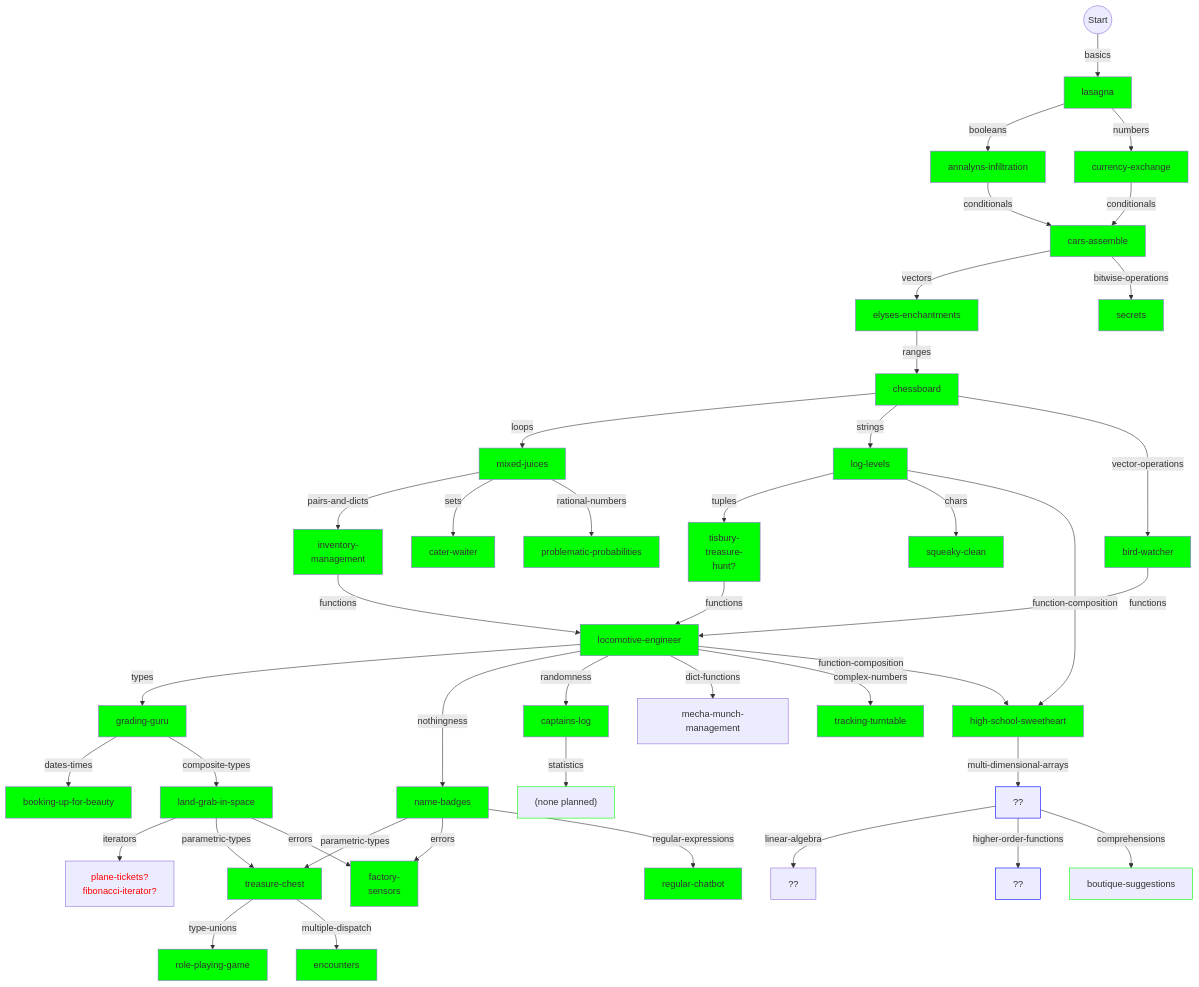
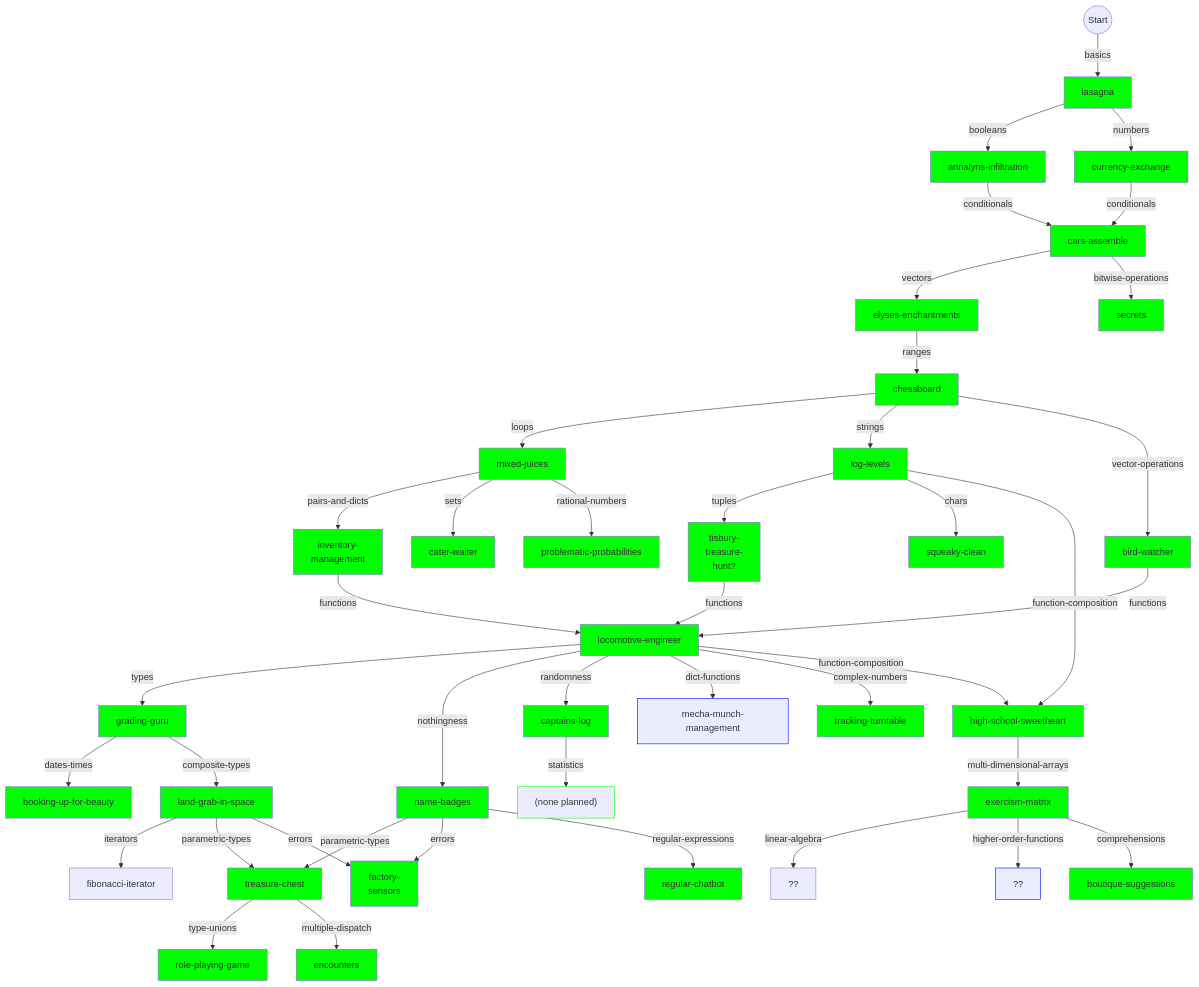
One commit to colinleach/learning-track-doodles changed the diagram in julia/flowchart.md. Above: the diagram before and after it, drawn with Mermaid. The commit also changed 2 other files, not shown here.

````diff
--- a/julia/flowchart.md
+++ b/julia/flowchart.md
@@ -29,8 +29,8 @@
 types --composite-types--> composite-types["land-grab-in-space"]
 style composite-types  fill:#0f0
 
-composite-types --iterators--> iterators["plane-tickets?<br/>fibonacci-iterator?"]
-style iterators color:#f00
+composite-types --iterators--> iterators["fibonacci-iterator"]
+%% style iterators stroke:#f00
 
 composite-types --parametric-types--> parametric-types["treasure-chest"]
 nothingness --parametric-types--> parametric-types["treasure-chest"]
@@ -84,14 +84,14 @@
 conditionals --bitwise-operations--> bitwise-operations["secrets"]
 style bitwise-operations fill:#0f0
 
-function-composition --multi-dimensional-arrays--> multi-dimensional-arrays["??"]
-style multi-dimensional-arrays stroke:#00f
+function-composition --multi-dimensional-arrays--> multi-dimensional-arrays["exercism-matrix"]
+style multi-dimensional-arrays fill:#0f0
 
 multi-dimensional-arrays --linear-algebra--> linear-algebra["??"]
 %%style linear-algebra stroke:#00f
 
 functions --dict-functions--> dict-functions["mecha-munch-management"]
-%% style dict-functions stroke:#00f
+style dict-functions stroke:#00f
 
 pairs-and-dicts --functions--> functions["locomotive-engineer"]
 style functions fill:#0f0
@@ -126,6 +126,6 @@
 style rational-numbers fill:#0f0
 
 multi-dimensional-arrays --comprehensions--> comprehensions["boutique-suggestions"]
-style comprehensions stroke:#0f0
+style comprehensions fill:#0f0
 
 ```
````
